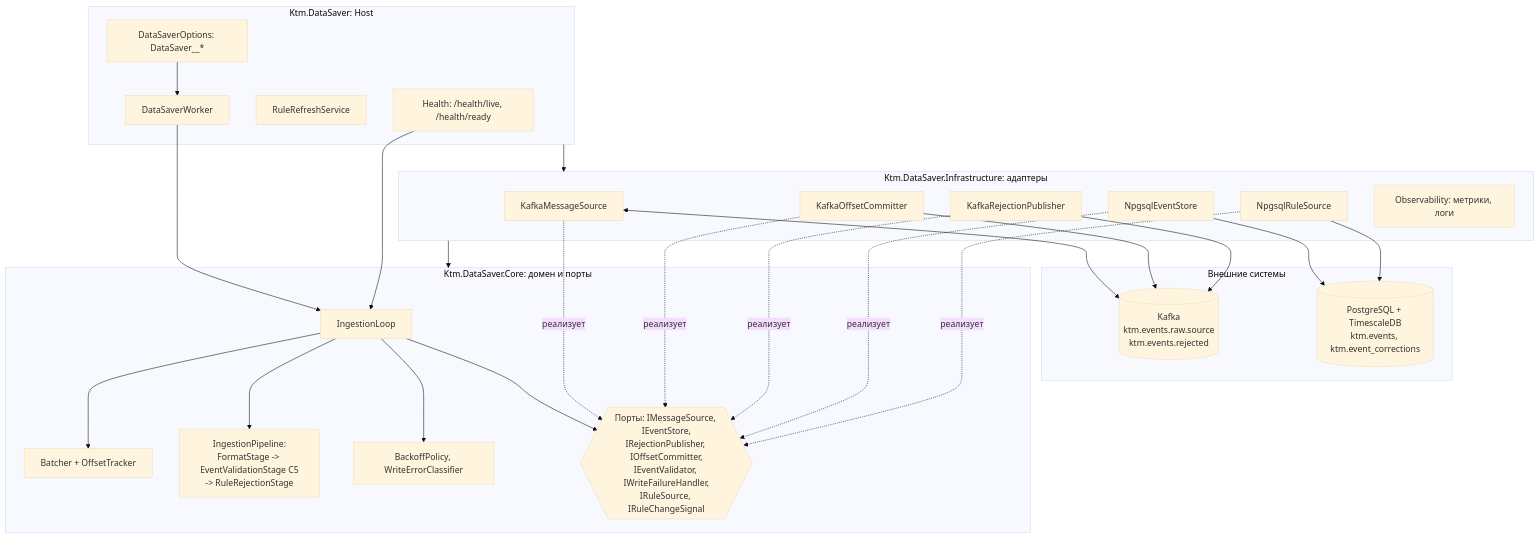
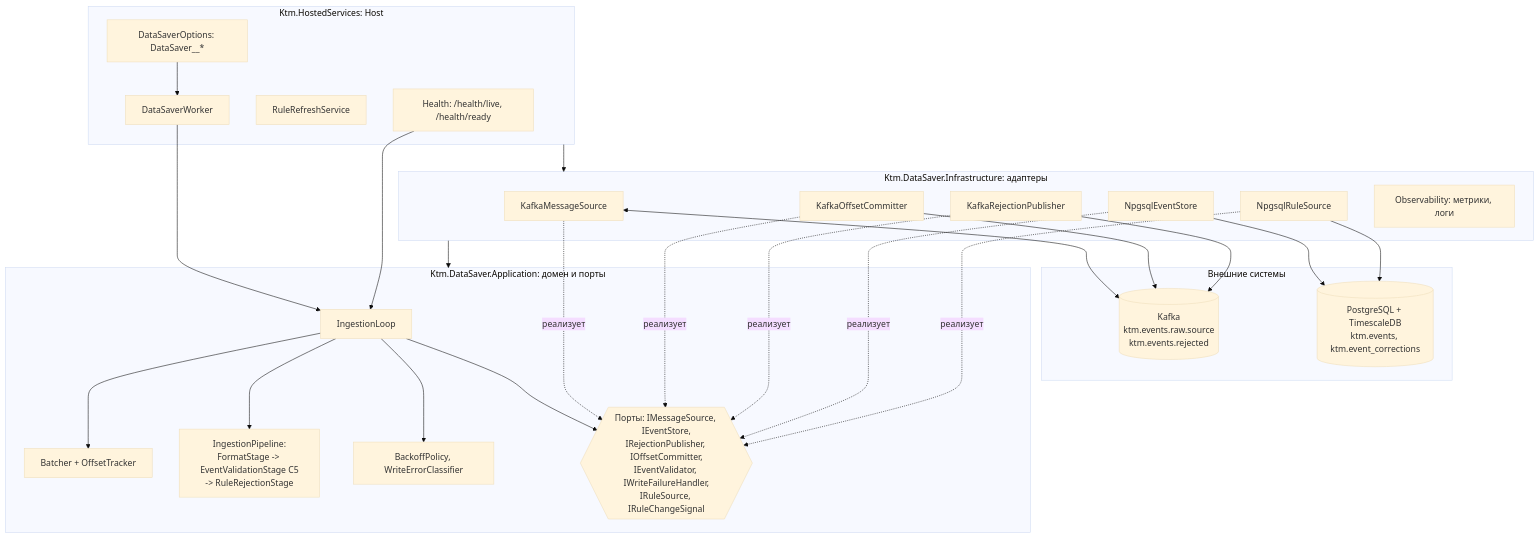
The second of 3 diagrams in src/README.md (mmg163/ktm_backend), drawn with Mermaid (base theme) before and after one commit. The commit also changed other lines of this file and 142 other files, not shown here.

Commit message:
feat: add CORE-01 backend architecture scaffold

````diff
--- a/src/README.md
+++ b/src/README.md
@@ -84,51 +84,51 @@
 ```mermaid
 flowchart TB
     subgraph EXT[Внешние системы]
         K[(Kafka<br/>ktm.events.raw.source<br/>ktm.events.rejected)]
         PG[(PostgreSQL + TimescaleDB<br/>ktm.events, ktm.event_corrections)]
     end
 
-    subgraph HOST[Ktm.DataSaver: Host]
+    subgraph HOST[Ktm.HostedServices: Host]
         W[DataSaverWorker]
         RS[RuleRefreshService]
         H[Health: /health/live, /health/ready]
         CFG[DataSaverOptions: DataSaver__*]
     end
 
     subgraph INFRA[Ktm.DataSaver.Infrastructure: адаптеры]
         KS[KafkaMessageSource]
         KC[KafkaOffsetCommitter]
         KR[KafkaRejectionPublisher]
         NS[NpgsqlEventStore]
         NR[NpgsqlRuleSource]
         OBS[Observability: метрики, логи]
     end
 
-    subgraph CORE[Ktm.DataSaver.Core: домен и порты]
+    subgraph CORE[Ktm.DataSaver.Application: домен и порты]
         LOOP[IngestionLoop]
         BT[Batcher + OffsetTracker]
         PIPE[IngestionPipeline:<br/>FormatStage -> EventValidationStage C5<br/>-> RuleRejectionStage]
         RES[BackoffPolicy, WriteErrorClassifier]
         PORTS{{Порты: IMessageSource, IEventStore,<br/>IRejectionPublisher, IOffsetCommitter,<br/>IEventValidator, IWriteFailureHandler,<br/>IRuleSource, IRuleChangeSignal}}
     end
 
     W --> LOOP
     H --> LOOP
     CFG --> W
     HOST --> INFRA
     INFRA --> CORE
     LOOP --> BT
     LOOP --> PIPE
     LOOP --> RES
     LOOP --> PORTS
     KS -. реализует .-> PORTS
     KC -. реализует .-> PORTS
     KR -. реализует .-> PORTS
     NS -. реализует .-> PORTS
     NR -. реализует .-> PORTS
     KS <--> K
     KC --> K
     KR --> K
     NS --> PG
     NR --> PG
 ```
````
